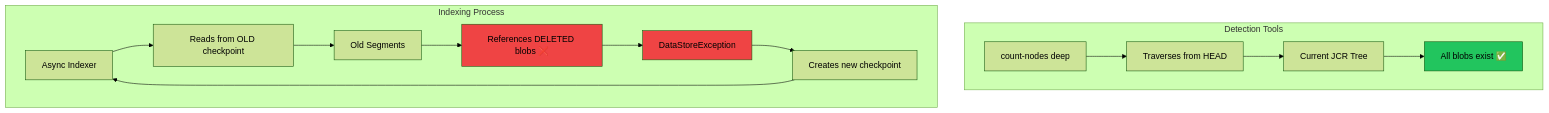
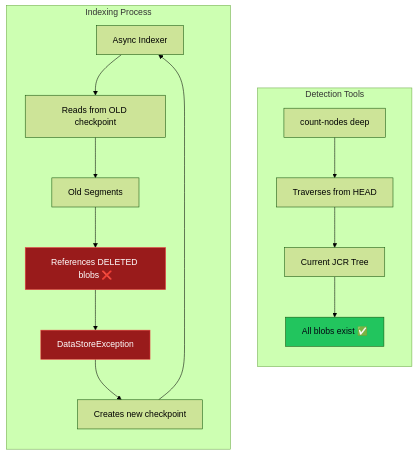
Before and after one commit to somarc/oak-magnum-oakus: the diagram in docs/checkpoints/checkpoint-advancement.md, drawn with Mermaid (forest theme). The commit also changed 24 other files, not shown here.

````diff
--- a/docs/checkpoints/checkpoint-advancement.md
+++ b/docs/checkpoints/checkpoint-advancement.md
@@ -36,21 +36,23 @@
 ```mermaid
 flowchart TD
     subgraph "Detection Tools"
+        direction TB
         C[count-nodes deep] --> B[Traverses from HEAD]
         B --> D[Current JCR Tree]
         D --> E[All blobs exist ✅]
     end
     
     subgraph "Indexing Process"
+        direction TB
         F[Async Indexer] --> G[Reads from OLD checkpoint]
         G --> H[Old Segments]
         H --> I[References DELETED blobs ❌]
         I --> J[DataStoreException]
         J --> K[Creates new checkpoint]
         K --> F
     end
     
-    style E fill:#22c55e
-    style I fill:#ef4444
-    style J fill:#ef4444
+    style E fill:#22c55e,color:#030712
+    style I fill:#991b1b,stroke:#ef4444,color:#fff
+    style J fill:#991b1b,stroke:#ef4444,color:#fff
 ```
````
